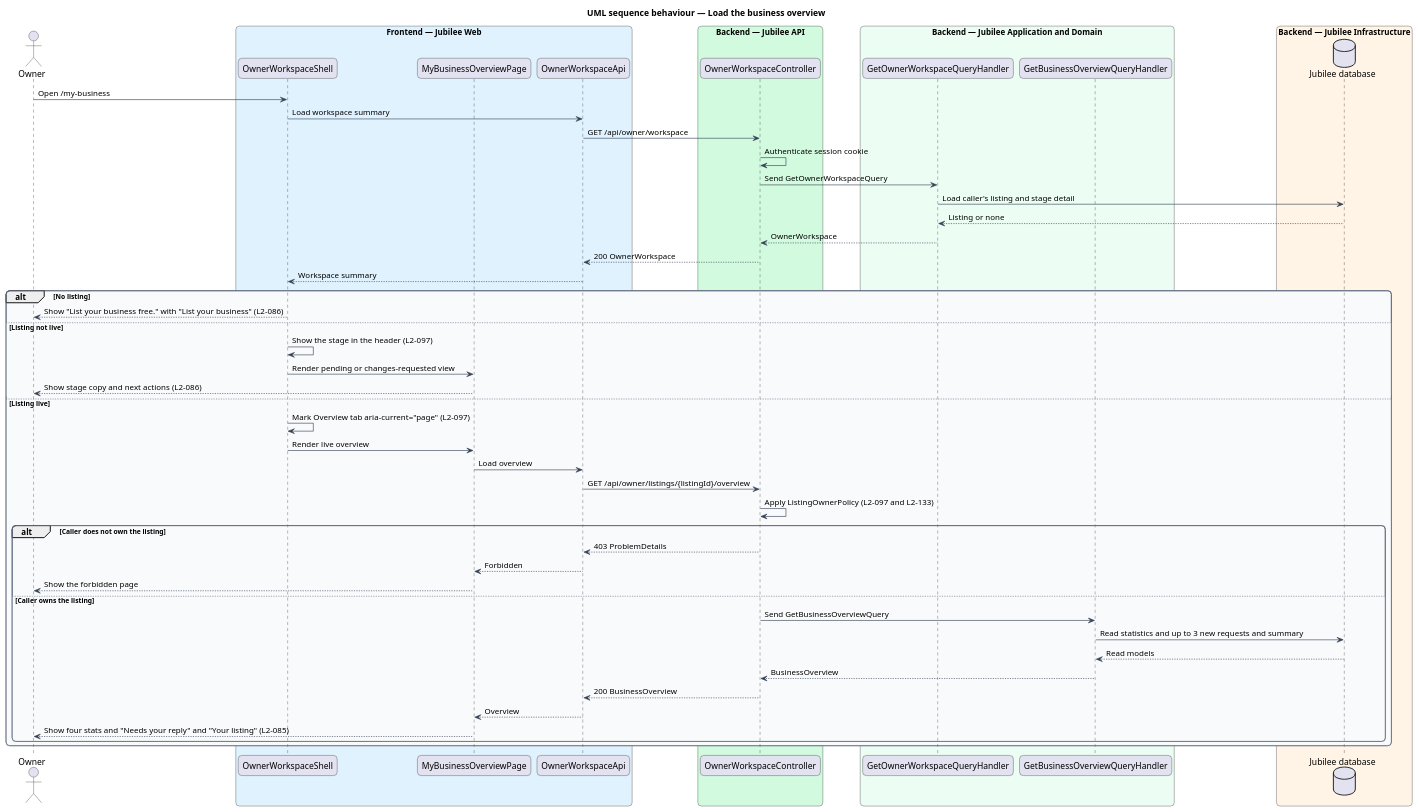
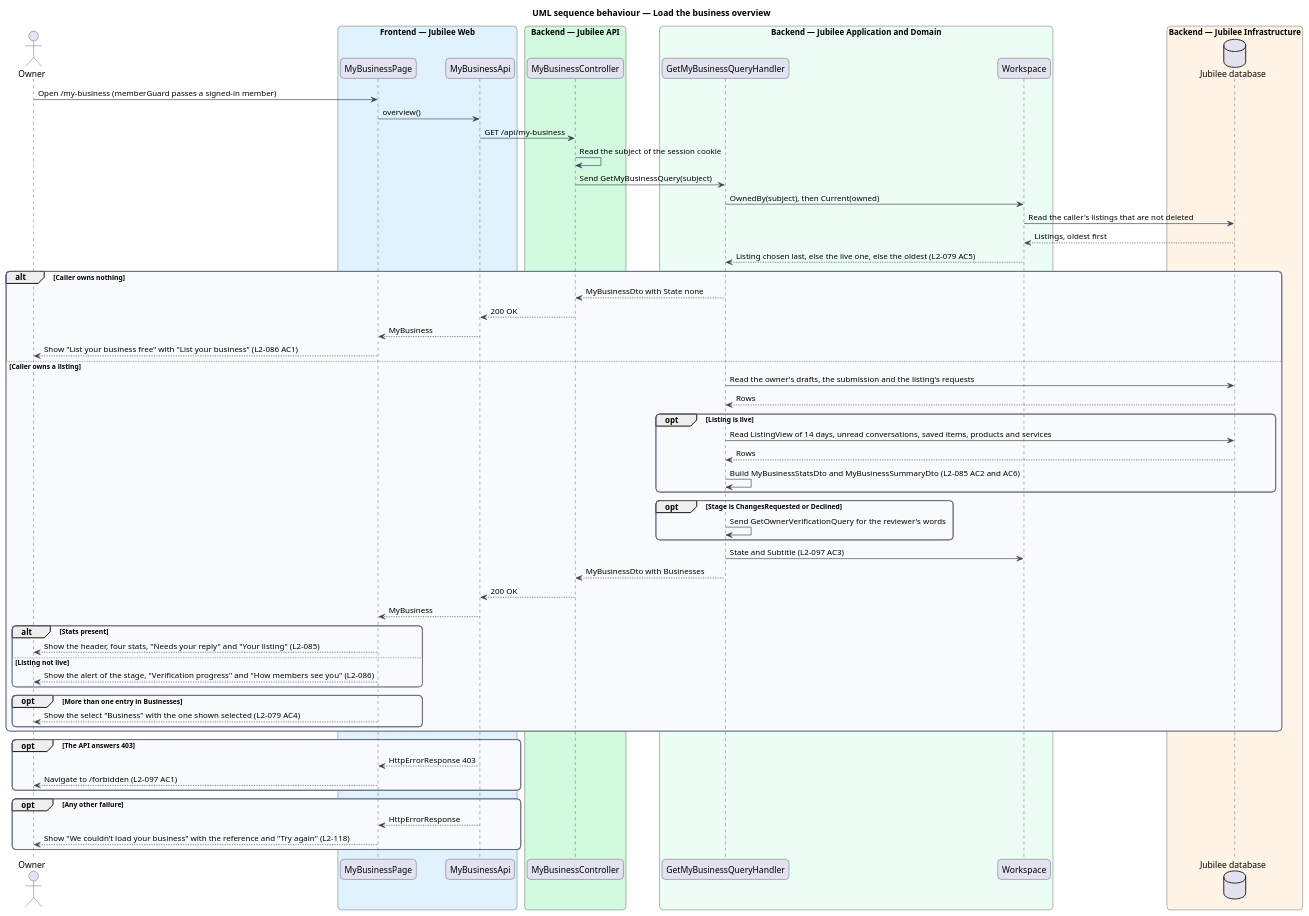
Before and after one commit to QuinntyneBrown/jubilee: the diagram in docs/detailed-designs/owner-workspace/view-business-overview/diagrams/sequence-load-overview.puml, drawn with PlantUML. The commit also changed 43 other files, not shown here.

```diff
--- a/docs/detailed-designs/owner-workspace/view-business-overview/diagrams/sequence-load-overview.puml
+++ b/docs/detailed-designs/owner-workspace/view-business-overview/diagrams/sequence-load-overview.puml
@@ -1,69 +1,78 @@
 @startuml
 title UML sequence behaviour — Load the business overview
 skinparam backgroundColor #FFFFFF
 skinparam shadowing false
 skinparam roundcorner 12
 skinparam defaultFontName Arial
 skinparam ArrowColor #344054
 skinparam rectangle {
   BorderColor #344054
   FontColor #101828
 }
 skinparam package {
   BorderColor #667085
   FontColor #101828
   BackgroundColor #F9FAFB
 }
 actor "Owner" as actor
 box "Frontend — Jubilee Web" #E0F2FE
-  participant "OwnerWorkspaceShell" as shell
-  participant "MyBusinessOverviewPage" as page
-  participant "OwnerWorkspaceApi" as client
+  participant "MyBusinessPage" as page
+  participant "MyBusinessApi" as client
 end box
 box "Backend — Jubilee API" #D1FADF
-  participant "OwnerWorkspaceController" as controller
+  participant "MyBusinessController" as controller
 end box
 box "Backend — Jubilee Application and Domain" #ECFDF3
-  participant "GetOwnerWorkspaceQueryHandler" as wsq
-  participant "GetBusinessOverviewQueryHandler" as ovq
+  participant "GetMyBusinessQueryHandler" as handler
+  participant "Workspace" as rules
 end box
 box "Backend — Jubilee Infrastructure" #FFF4E5
   database "Jubilee database" as db
 end box
-actor -> shell : Open /my-business
-shell -> client : Load workspace summary
-client -> controller : GET /api/owner/workspace
-controller -> controller : Authenticate session cookie
-controller -> wsq : Send GetOwnerWorkspaceQuery
-wsq -> db : Load caller's listing and stage detail
-db --> wsq : Listing or none
-wsq --> controller : OwnerWorkspace
-controller --> client : 200 OwnerWorkspace
-client --> shell : Workspace summary
-alt No listing
-  shell --> actor : Show "List your business free." with "List your business" (L2-086)
-else Listing not live
-  shell -> shell : Show the stage in the header (L2-097)
-  shell -> page : Render pending or changes-requested view
-  page --> actor : Show stage copy and next actions (L2-086)
-else Listing live
-  shell -> shell : Mark Overview tab aria-current="page" (L2-097)
-  shell -> page : Render live overview
-  page -> client : Load overview
-  client -> controller : GET /api/owner/listings/{listingId}/overview
-  controller -> controller : Apply ListingOwnerPolicy (L2-097 and L2-133)
-  alt Caller does not own the listing
-    controller --> client : 403 ProblemDetails
-    client --> page : Forbidden
-    page --> actor : Show the forbidden page
-  else Caller owns the listing
-    controller -> ovq : Send GetBusinessOverviewQuery
-    ovq -> db : Read statistics and up to 3 new requests and summary
-    db --> ovq : Read models
-    ovq --> controller : BusinessOverview
-    controller --> client : 200 BusinessOverview
-    client --> page : Overview
-    page --> actor : Show four stats and "Needs your reply" and "Your listing" (L2-085)
+actor -> page : Open /my-business (memberGuard passes a signed-in member)
+page -> client : overview()
+client -> controller : GET /api/my-business
+controller -> controller : Read the subject of the session cookie
+controller -> handler : Send GetMyBusinessQuery(subject)
+handler -> rules : OwnedBy(subject), then Current(owned)
+rules -> db : Read the caller's listings that are not deleted
+db --> rules : Listings, oldest first
+rules --> handler : Listing chosen last, else the live one, else the oldest (L2-079 AC5)
+alt Caller owns nothing
+  handler --> controller : MyBusinessDto with State none
+  controller --> client : 200 OK
+  client --> page : MyBusiness
+  page --> actor : Show "List your business free" with "List your business" (L2-086 AC1)
+else Caller owns a listing
+  handler -> db : Read the owner's drafts, the submission and the listing's requests
+  db --> handler : Rows
+  opt Listing is live
+    handler -> db : Read ListingView of 14 days, unread conversations, saved items, products and services
+    db --> handler : Rows
+    handler -> handler : Build MyBusinessStatsDto and MyBusinessSummaryDto (L2-085 AC2 and AC6)
+  end
+  opt Stage is ChangesRequested or Declined
+    handler -> handler : Send GetOwnerVerificationQuery for the reviewer's words
+  end
+  handler -> rules : State and Subtitle (L2-097 AC3)
+  handler --> controller : MyBusinessDto with Businesses
+  controller --> client : 200 OK
+  client --> page : MyBusiness
+  alt Stats present
+    page --> actor : Show the header, four stats, "Needs your reply" and "Your listing" (L2-085)
+  else Listing not live
+    page --> actor : Show the alert of the stage, "Verification progress" and "How members see you" (L2-086)
+  end
+  opt More than one entry in Businesses
+    page --> actor : Show the select "Business" with the one shown selected (L2-079 AC4)
   end
 end
+opt The API answers 403
+  client --> page : HttpErrorResponse 403
+  page --> actor : Navigate to /forbidden (L2-097 AC1)
+end
+opt Any other failure
+  client --> page : HttpErrorResponse
+  page --> actor : Show "We couldn’t load your business" with the reference and "Try again" (L2-118)
+end
 @enduml
```
